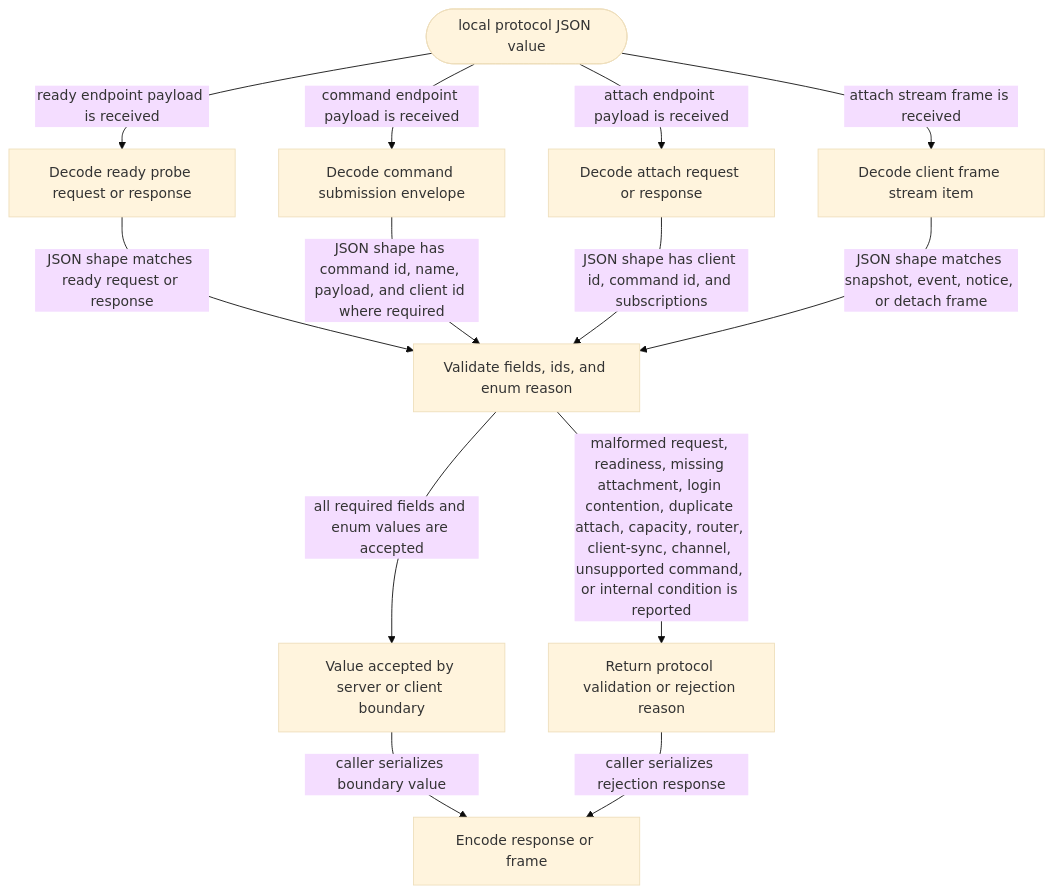
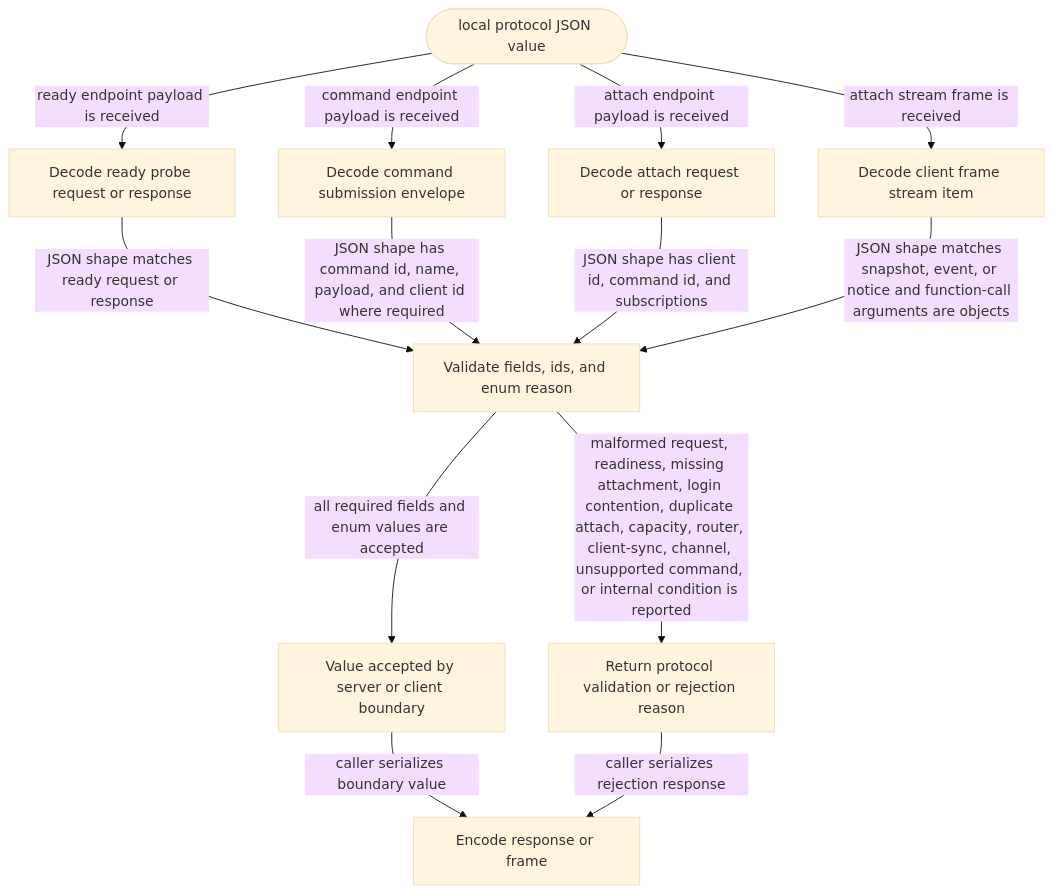
The diagram in crates/local-protocol/README.md (JiaJunDeng5930/Selvedge), drawn with Mermaid (base theme) before and after one commit. The commit also changed other lines of this file and 11 other files, not shown here.

Commit message:
refactor(harness)!: accept json tool arguments

````diff
--- a/crates/local-protocol/README.md
+++ b/crates/local-protocol/README.md
@@ -20,25 +22,25 @@
 ```mermaid
 flowchart TD
   Start([local protocol JSON value])
   ReadyProbe[Decode ready probe request or response]
   Command[Decode command submission envelope]
   Attach[Decode attach request or response]
   Frame[Decode client frame stream item]
   Validate[Validate fields, ids, and enum reason]
   Accepted[Value accepted by server or client boundary]
   Rejected[Return protocol validation or rejection reason]
   Encode[Encode response or frame]
 
   Start -->|ready endpoint payload is received| ReadyProbe
   Start -->|command endpoint payload is received| Command
   Start -->|attach endpoint payload is received| Attach
   Start -->|attach stream frame is received| Frame
   ReadyProbe -->|JSON shape matches ready request or response| Validate
   Command -->|JSON shape has command id, name, payload, and client id where required| Validate
   Attach -->|JSON shape has client id, command id, and subscriptions| Validate
-  Frame -->|JSON shape matches snapshot, event, notice, or detach frame| Validate
+  Frame -->|JSON shape matches snapshot, event, or notice and function-call arguments are objects| Validate
   Validate -->|all required fields and enum values are accepted| Accepted
   Validate -->|malformed request, readiness, missing attachment, login contention, duplicate attach, capacity, router, client-sync, channel, unsupported command, or internal condition is reported| Rejected
   Accepted -->|caller serializes boundary value| Encode
   Rejected -->|caller serializes rejection response| Encode
 ```
````
